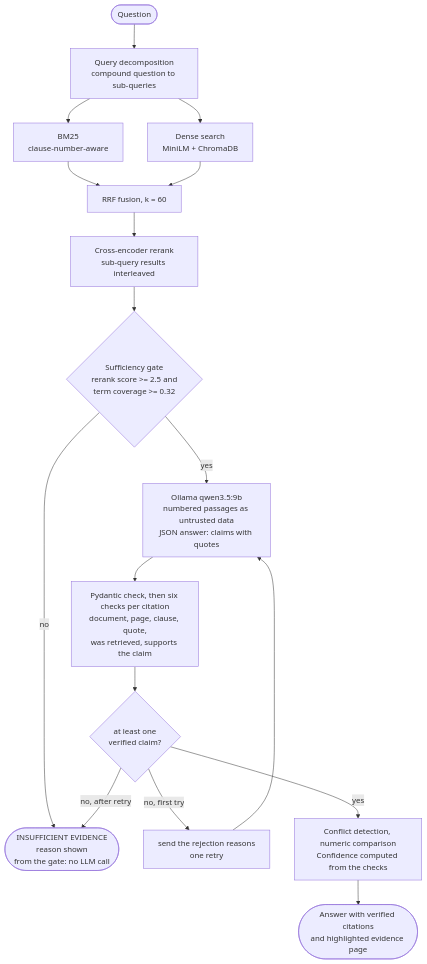
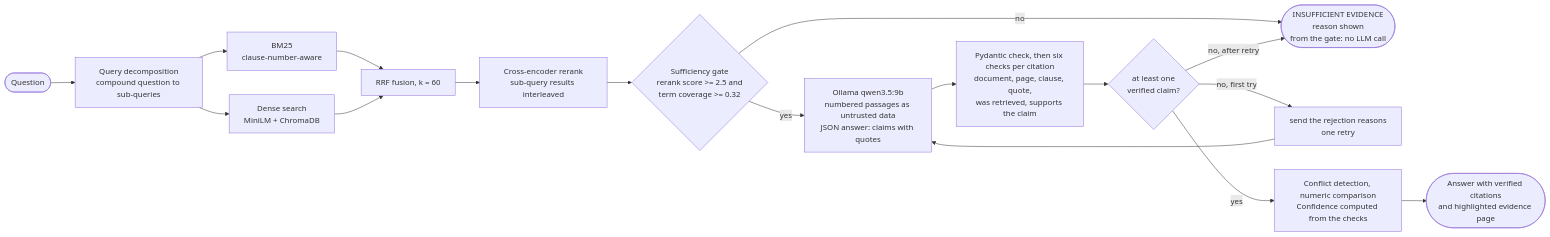
The third of 3 diagrams in docs/architecture.md (ArSravan/LexoraAI), drawn with Mermaid before and after one commit. The commit also changed other lines of this file and 9 other files, not shown here.

````diff
--- a/docs/architecture.md
+++ b/docs/architecture.md
@@ -46,19 +46,19 @@
 ```mermaid
-flowchart TB
+flowchart LR
     q(["Question"]) --> dec["Query decomposition<br/>compound question to sub-queries"]
     dec --> bm["BM25<br/>clause-number-aware"]
     dec --> de["Dense search<br/>MiniLM + ChromaDB"]
     bm --> rrf["RRF fusion, k = 60"]
     de --> rrf
     rrf --> rr["Cross-encoder rerank<br/>sub-query results interleaved"]
     rr --> gate{"Sufficiency gate<br/>rerank score >= 2.5 and<br/>term coverage >= 0.32"}
     gate -- no --> abst(["INSUFFICIENT EVIDENCE<br/>reason shown<br/>from the gate: no LLM call"])
     gate -- yes --> llm["Ollama qwen3.5:9b<br/>numbered passages as untrusted data<br/>JSON answer: claims with quotes"]
     llm --> val["Pydantic check, then six checks per citation<br/>document, page, clause, quote,<br/>was retrieved, supports the claim"]
     val --> okq{"at least one<br/>verified claim?"}
     okq -- "no, first try" --> retry["send the rejection reasons<br/>one retry"]
     retry --> llm
     okq -- "no, after retry" --> abst
     okq -- yes --> post["Conflict detection, numeric comparison<br/>Confidence computed from the checks"]
     post --> out(["Answer with verified citations<br/>and highlighted evidence page"])
 ```
````
